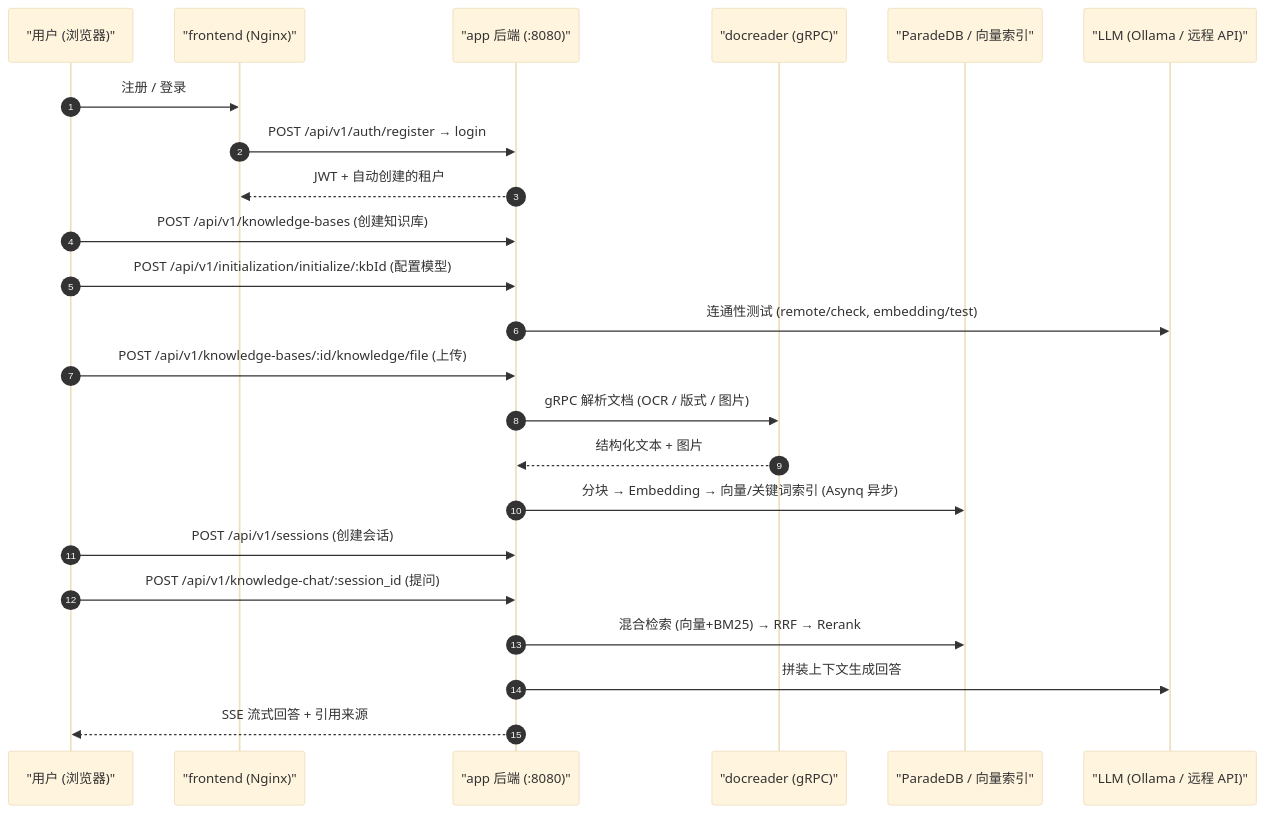
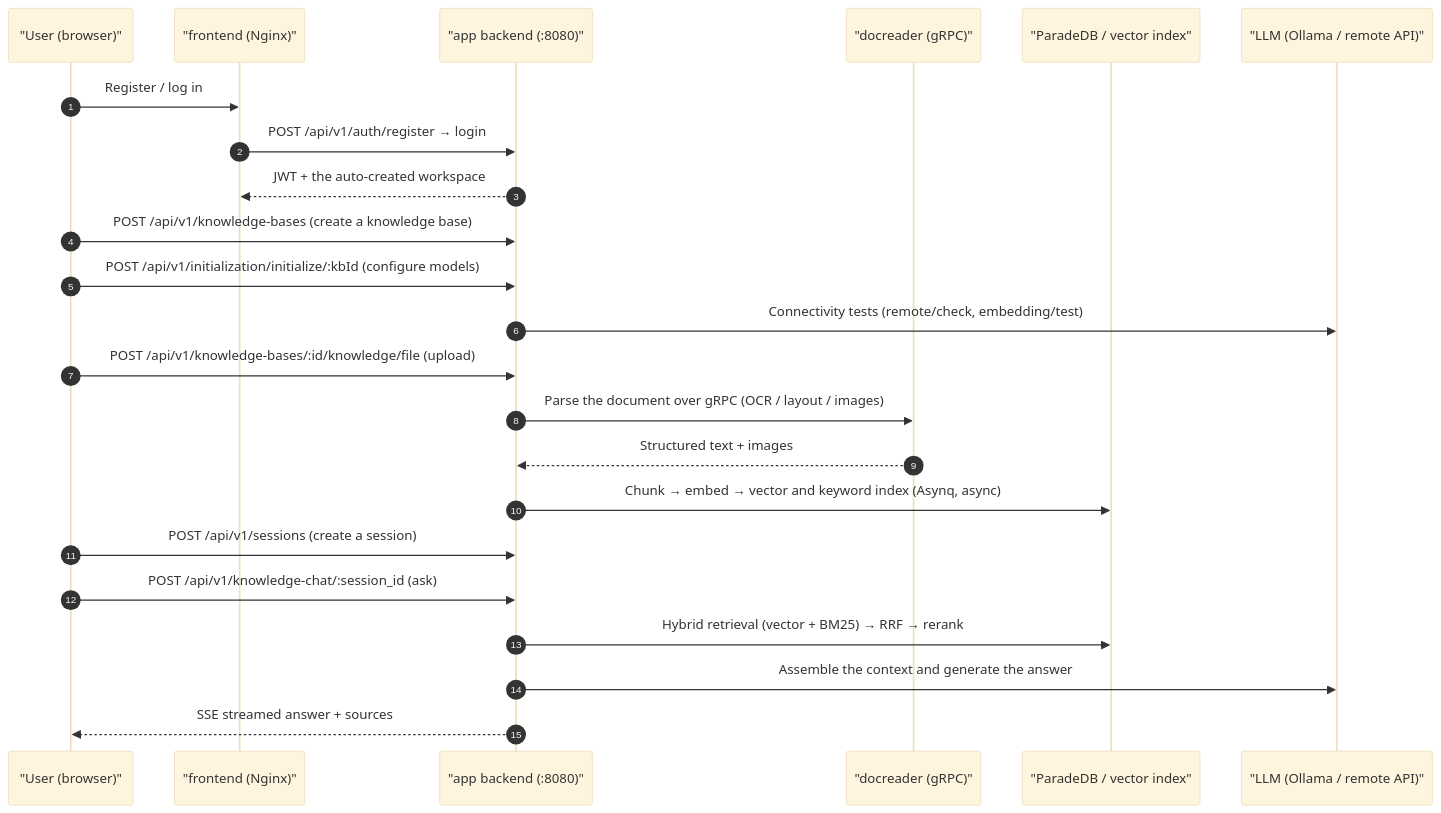
Before and after one commit to jrmatherly/ai-kb: the diagram in website-docs/01-getting-started/03-quickstart.md, drawn with Mermaid (base theme). The commit also changed other lines of this file and 17 other files, not shown here.

````diff
--- a/website-docs/01-getting-started/03-quickstart.md
+++ b/website-docs/01-getting-started/03-quickstart.md
@@ -182,25 +182,25 @@
 ```mermaid
 sequenceDiagram
     autonumber
-    participant U as "用户 (浏览器)"
+    participant U as "User (browser)"
     participant FE as "frontend (Nginx)"
-    participant APP as "app 后端 (:8080)"
+    participant APP as "app backend (:8080)"
     participant DR as "docreader (gRPC)"
-    participant DB as "ParadeDB / 向量索引"
-    participant LLM as "LLM (Ollama / 远程 API)"
-    U->>FE: 注册 / 登录
+    participant DB as "ParadeDB / vector index"
+    participant LLM as "LLM (Ollama / remote API)"
+    U->>FE: Register / log in
     FE->>APP: POST /api/v1/auth/register → login
-    APP-->>FE: JWT + 自动创建的租户
-    U->>APP: POST /api/v1/knowledge-bases (创建知识库)
-    U->>APP: POST /api/v1/initialization/initialize/:kbId (配置模型)
-    APP->>LLM: 连通性测试 (remote/check, embedding/test)
-    U->>APP: POST /api/v1/knowledge-bases/:id/knowledge/file (上传)
-    APP->>DR: gRPC 解析文档 (OCR / 版式 / 图片)
-    DR-->>APP: 结构化文本 + 图片
-    APP->>DB: 分块 → Embedding → 向量/关键词索引 (Asynq 异步)
-    U->>APP: POST /api/v1/sessions (创建会话)
-    U->>APP: POST /api/v1/knowledge-chat/:session_id (提问)
-    APP->>DB: 混合检索 (向量+BM25) → RRF → Rerank
-    APP->>LLM: 拼装上下文生成回答
-    APP-->>U: SSE 流式回答 + 引用来源
+    APP-->>FE: JWT + the auto-created workspace
+    U->>APP: POST /api/v1/knowledge-bases (create a knowledge base)
+    U->>APP: POST /api/v1/initialization/initialize/:kbId (configure models)
+    APP->>LLM: Connectivity tests (remote/check, embedding/test)
+    U->>APP: POST /api/v1/knowledge-bases/:id/knowledge/file (upload)
+    APP->>DR: Parse the document over gRPC (OCR / layout / images)
+    DR-->>APP: Structured text + images
+    APP->>DB: Chunk → embed → vector and keyword index (Asynq, async)
+    U->>APP: POST /api/v1/sessions (create a session)
+    U->>APP: POST /api/v1/knowledge-chat/:session_id (ask)
+    APP->>DB: Hybrid retrieval (vector + BM25) → RRF → rerank
+    APP->>LLM: Assemble the context and generate the answer
+    APP-->>U: SSE streamed answer + sources
 ```
````
